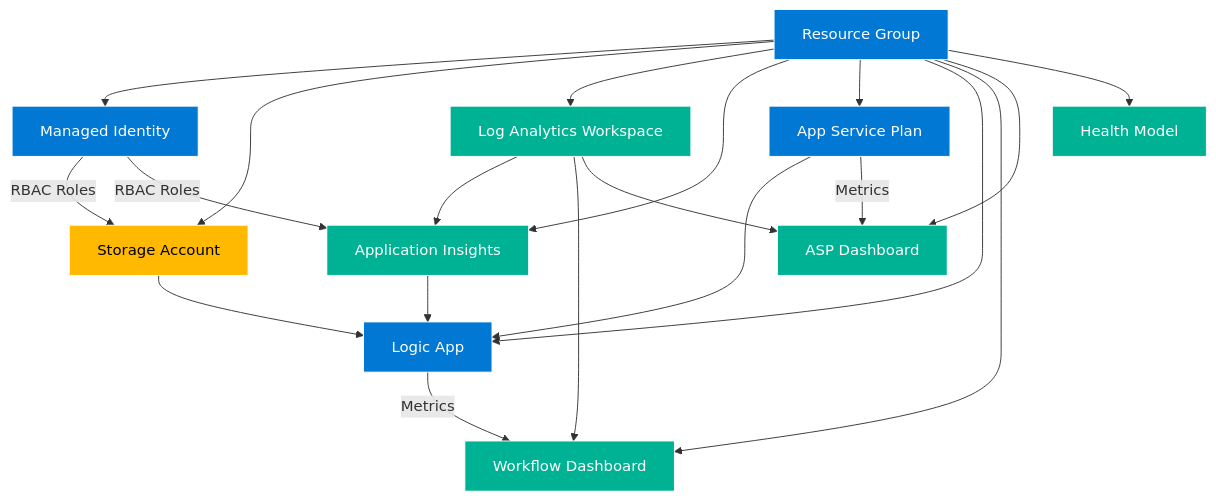
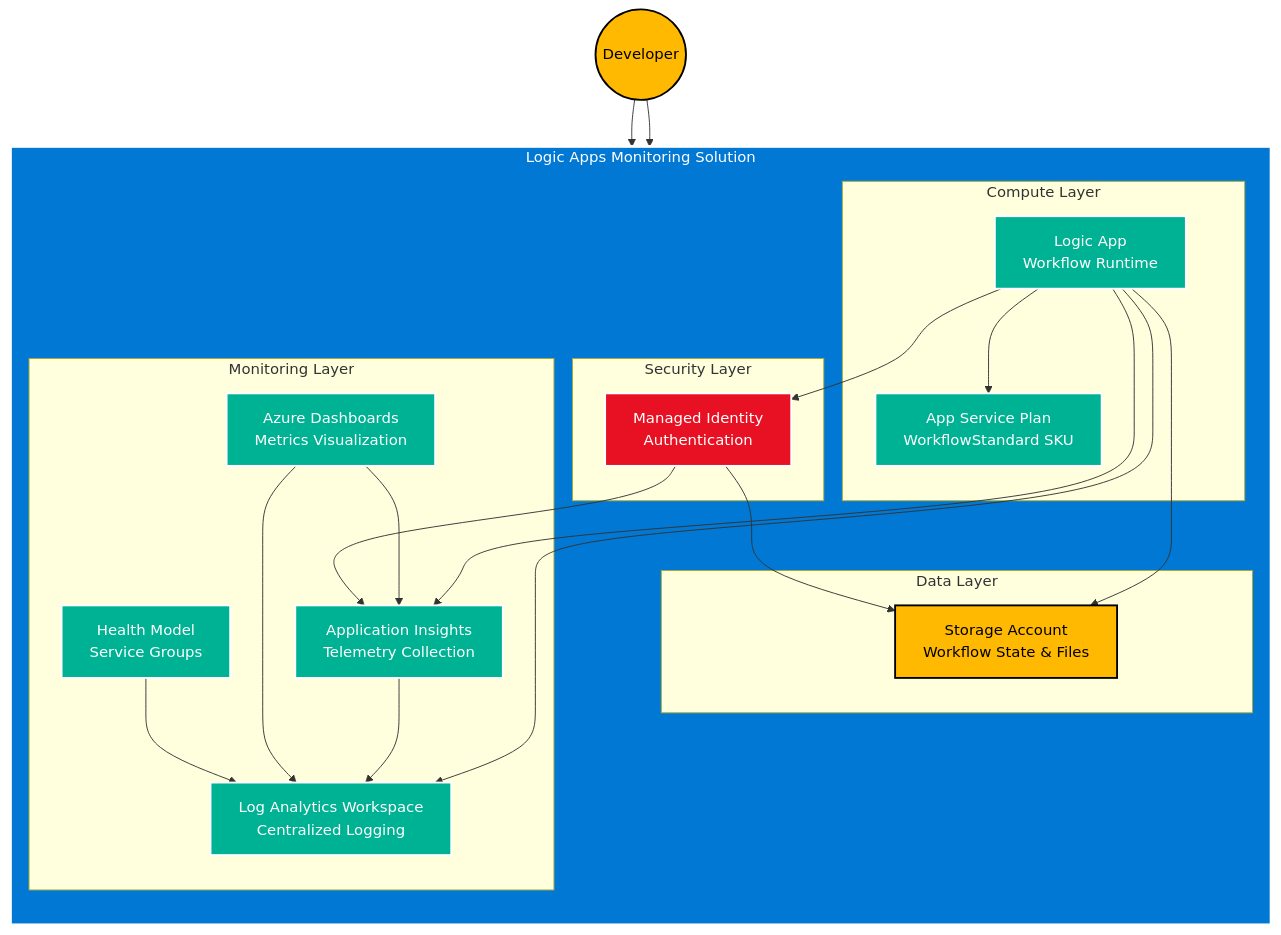
The second of 2 diagrams in README.md (Evilazaro/Azure-LogicApps-Monitoring), drawn with Mermaid before and after one commit. The commit also changed other lines of this file, not shown here.

Commit message:
Update Mermaid

````diff
--- a/README.md
+++ b/README.md
@@ -192,38 +225,57 @@
 ```mermaid
-flowchart TD
-    classDef component fill:#0078D4,stroke:#ffffff,color:#ffffff
-    classDef service fill:#00B294,stroke:#ffffff,color:#ffffff
-    classDef dataStore fill:#FFB900,stroke:#ffffff,color:#000000
-
-    RG[Resource Group]:::component
-    MI[Managed Identity]:::component
-    SA[Storage Account]:::dataStore
-    LAW[Log Analytics Workspace]:::service
-    AI[Application Insights]:::service
-    ASP[App Service Plan]:::component
-    LA[Logic App]:::component
-    DASH1[Workflow Dashboard]:::service
-    DASH2[ASP Dashboard]:::service
-    HM[Health Model]:::service
-
-    RG --> MI
-    RG --> SA
-    RG --> LAW
-    RG --> AI
-    RG --> ASP
-    RG --> LA
-    RG --> DASH1
-    RG --> DASH2
-    RG --> HM
-
-    MI -->|RBAC Roles| SA
-    MI -->|RBAC Roles| AI
-    LAW --> AI
-    AI --> LA
-    ASP --> LA
-    SA --> LA
-    LAW --> DASH1
-    LAW --> DASH2
-    LA -->|Metrics| DASH1
-    ASP -->|Metrics| DASH2
+flowchart TB
+    Developer((Developer))
+    
+    Developer --> Dashboard
+    Developer --> LogicApp
+    
+    subgraph System [Logic Apps Monitoring Solution]
+        direction TB
+        
+        subgraph Compute [Compute Layer]
+            AppServicePlan[App Service Plan<br/>WorkflowStandard SKU]
+            LogicApp[Logic App<br/>Workflow Runtime]
+        end
+        
+        subgraph Monitoring [Monitoring Layer]
+            AppInsights[Application Insights<br/>Telemetry Collection]
+            LogAnalytics[Log Analytics Workspace<br/>Centralized Logging]
+            Dashboard[Azure Dashboards<br/>Metrics Visualization]
+            HealthModel[Health Model<br/>Service Groups]
+        end
+        
+        subgraph Data [Data Layer]
+            Storage[Storage Account<br/>Workflow State & Files]
+        end
+        
+        subgraph Security [Security Layer]
+            ManagedIdentity[Managed Identity<br/>Authentication]
+        end
+        
+        LogicApp --> AppServicePlan
+        LogicApp --> AppInsights
+        LogicApp --> LogAnalytics
+        LogicApp --> Storage
+        LogicApp --> ManagedIdentity
+        
+        AppInsights --> LogAnalytics
+        Dashboard --> LogAnalytics
+        Dashboard --> AppInsights
+        HealthModel --> LogAnalytics
+        
+        ManagedIdentity --> Storage
+        ManagedIdentity --> AppInsights
+    end
+    
+    classDef person fill:#FFB900,stroke:#000,color:#000,stroke-width:2px;
+    classDef system fill:#0078D4,stroke:#fff,color:#fff,stroke-width:3px;
+    classDef container fill:#00B294,stroke:#fff,color:#fff,stroke-width:2px;
+    classDef data fill:#FFB900,stroke:#000,color:#000,stroke-width:2px;
+    classDef security fill:#E81123,stroke:#fff,color:#fff,stroke-width:2px;
+    
+    class Developer person;
+    class System system;
+    class AppServicePlan,LogicApp,AppInsights,LogAnalytics,Dashboard,HealthModel container;
+    class Storage data;
+    class ManagedIdentity security;
 ```
````
